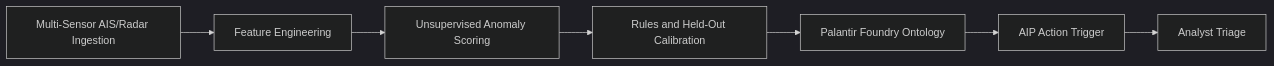
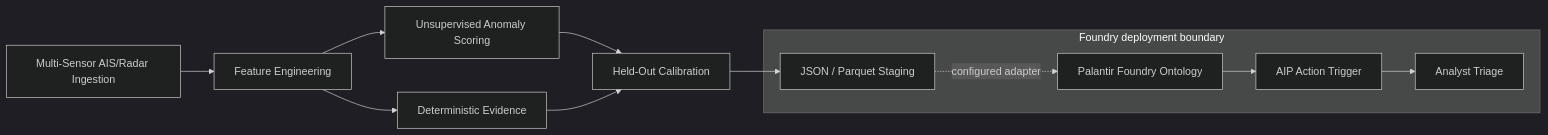
The diagram in README.md (melgoldstein/isr-maritime-threat-ml), drawn with Mermaid (dark theme) before and after one commit. The commit also changed other lines of this file and 14 other files, not shown here.

````diff
--- a/README.md
+++ b/README.md
@@ -7,9 +26,14 @@
 ```mermaid
 flowchart LR
     A[Multi-Sensor AIS/Radar Ingestion] --> B[Feature Engineering]
     B --> C[Unsupervised Anomaly Scoring]
-    C --> D[Rules and Held-Out Calibration]
-    D --> E[Palantir Foundry Ontology]
-    E --> F[AIP Action Trigger]
-    F --> G[Analyst Triage]
+    B --> R[Deterministic Evidence]
+    C --> D[Held-Out Calibration]
+    R --> D
+    D --> E[JSON / Parquet Staging]
+    subgraph Foundry deployment boundary
+        E -. configured adapter .-> F[Palantir Foundry Ontology]
+        F --> G[AIP Action Trigger]
+        G --> H[Analyst Triage]
+    end
 ```
````
